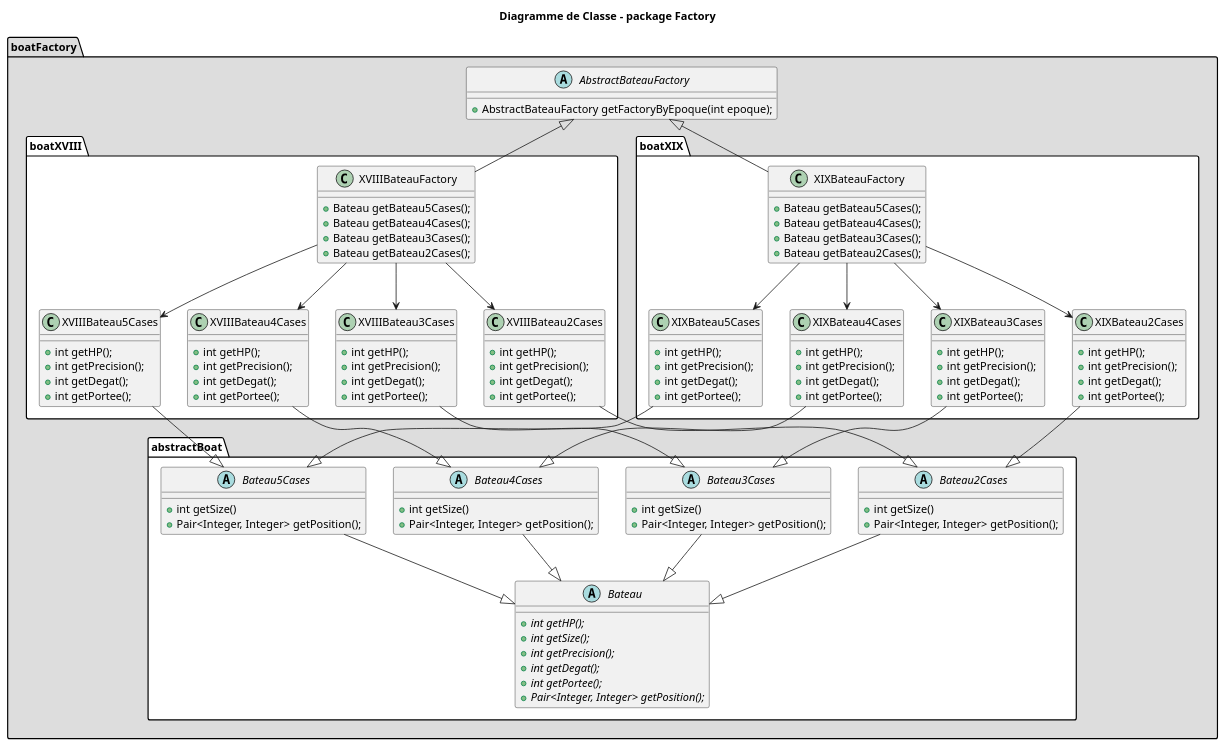
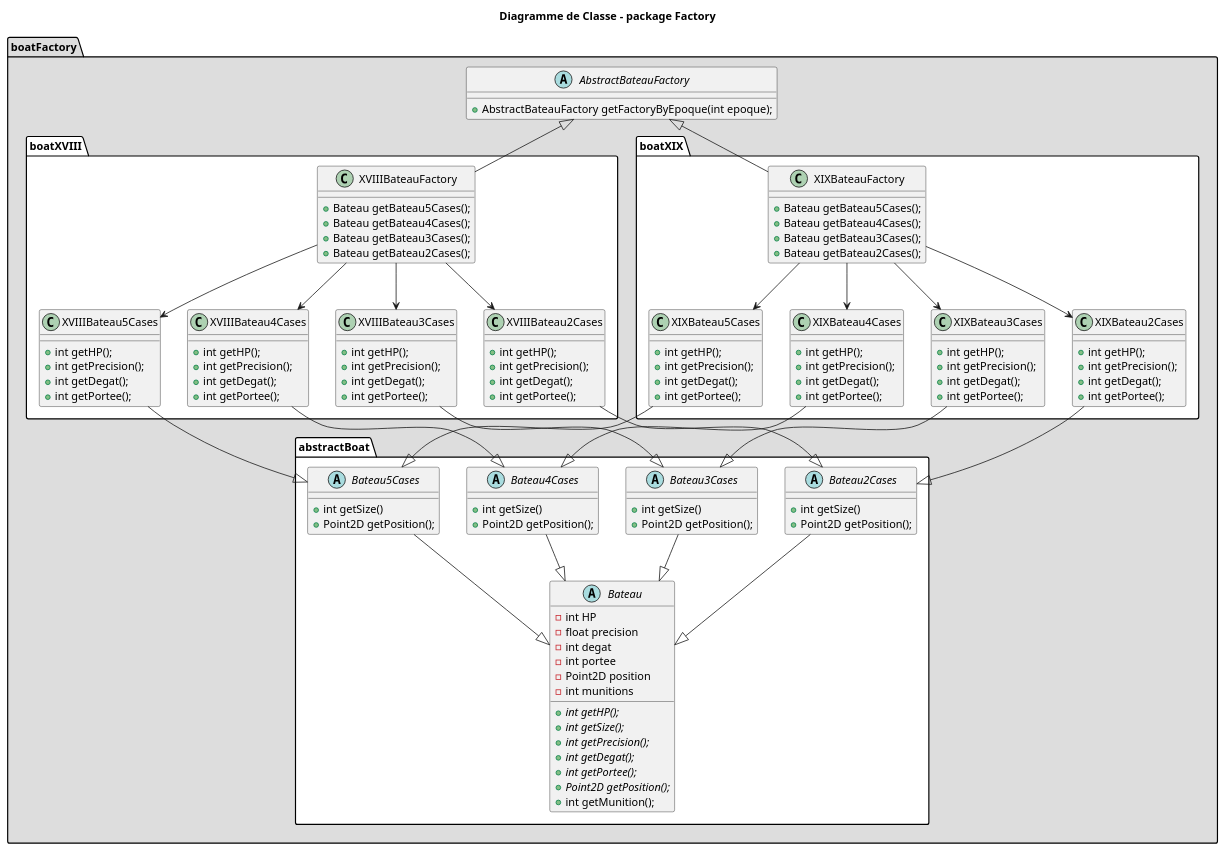
Before and after one commit to AntoineCourtil/CAD2018_Laraclette: the diagram in conception/class_package_factory.plantuml, drawn with PlantUML. The commit also changed 1 other file, not shown here.

```diff
--- a/conception/class_package_factory.plantuml
+++ b/conception/class_package_factory.plantuml
@@ -99,32 +99,40 @@
     package abstractBoat #FFFFFF {
 
         abstract class Bateau {
+            - int HP
+            - float precision
+            - int degat
+            - int portee
+            - Point2D position
+            - int munitions
+
             + {abstract} int getHP();
             + {abstract} int getSize();
             + {abstract} int getPrecision();
             + {abstract} int getDegat();
             + {abstract} int getPortee();
-            + {abstract} Pair<Integer, Integer> getPosition();
+            + {abstract} Point2D getPosition();
+            + int getMunition();
         }
 
         abstract class Bateau5Cases {
             + int getSize()
-            + Pair<Integer, Integer> getPosition();
+            + Point2D getPosition();
         }
 
         abstract class Bateau4Cases {
             + int getSize()
-            + Pair<Integer, Integer> getPosition();
+            + Point2D getPosition();
         }
 
         abstract class Bateau3Cases {
             + int getSize()
-            + Pair<Integer, Integer> getPosition();
+            + Point2D getPosition();
         }
 
         abstract class Bateau2Cases {
             + int getSize()
-            + Pair<Integer, Integer> getPosition();
+            + Point2D getPosition();
         }
 
     }
```
